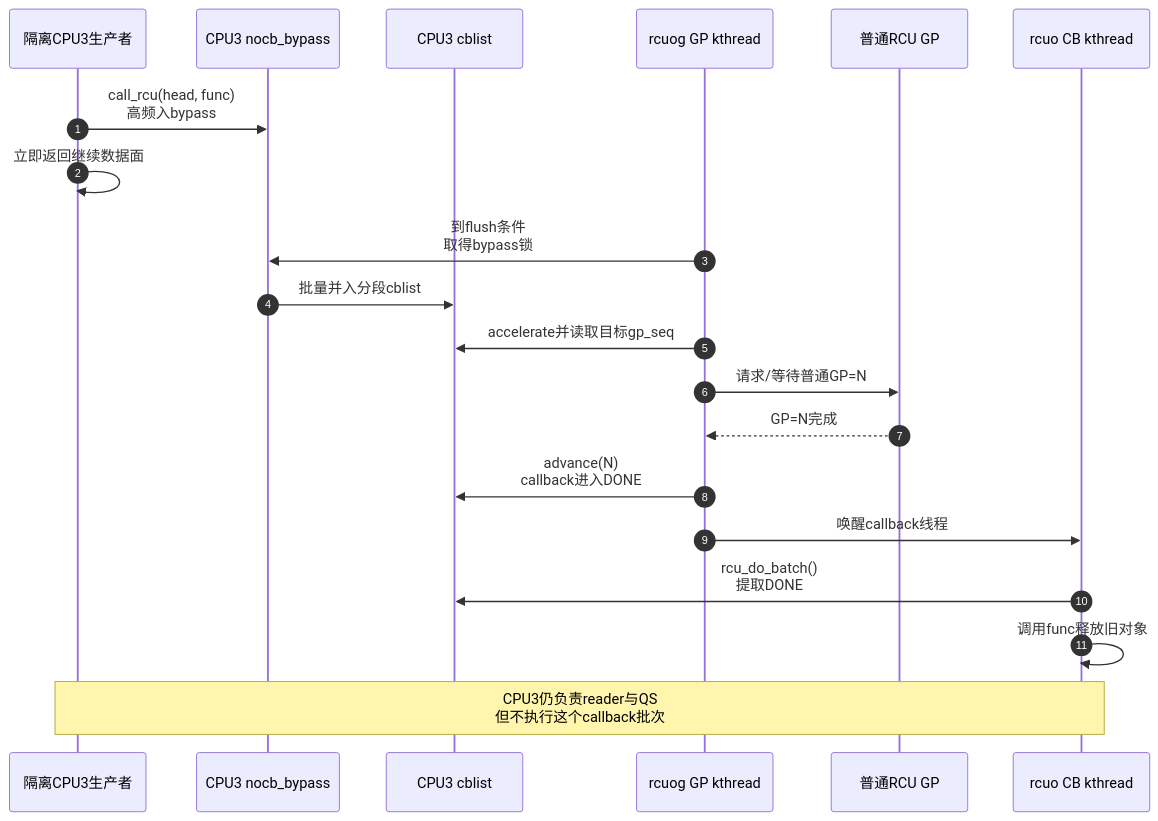
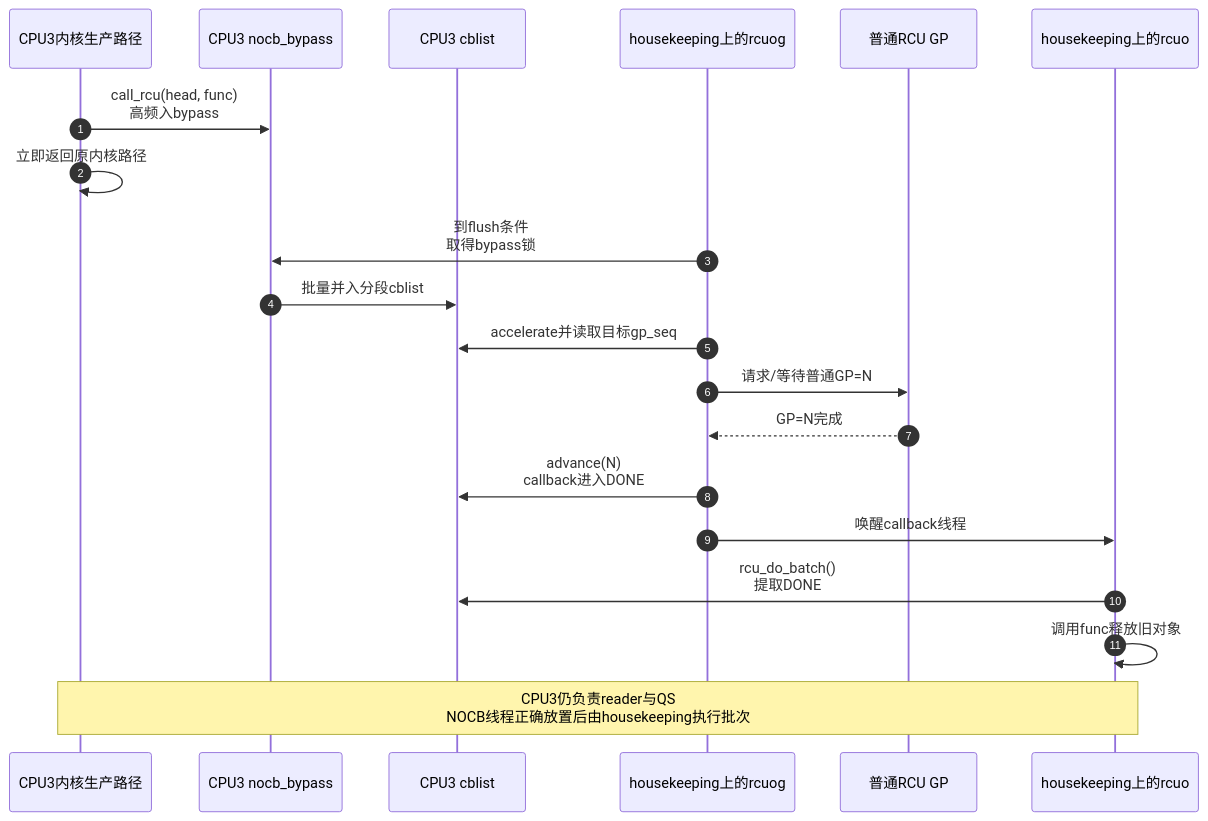
One commit to FormingSystem/linux_note changed the fourth of 4 diagrams in knowledge/linux/synchronization_and_asynchrony/synchronization/rcu/P16_Tree_RCU_NOCB回调卸载.md. Above: the diagram before and after it, drawn with Mermaid. The commit also changed other lines of this file and 2 other files, not shown here.

````diff
--- a/knowledge/linux/synchronization_and_asynchrony/synchronization/rcu/P16_Tree_RCU_NOCB回调卸载.md
+++ b/knowledge/linux/synchronization_and_asynchrony/synchronization/rcu/P16_Tree_RCU_NOCB回调卸载.md
@@ -111,24 +282,24 @@
 ```mermaid
 sequenceDiagram
     autonumber
 
-    participant P as 隔离CPU3生产者
+    participant P as CPU3内核生产路径
     participant B as CPU3 nocb_bypass
     participant C as CPU3 cblist
-    participant G as rcuog GP kthread
+    participant G as housekeeping上的rcuog
     participant R as 普通RCU GP
-    participant X as rcuo CB kthread
+    participant X as housekeeping上的rcuo
 
     P->>B: call_rcu(head, func)<br/>高频入bypass
-    P->>P: 立即返回继续数据面
+    P->>P: 立即返回原内核路径
     G->>B: 到flush条件<br/>取得bypass锁
     B->>C: 批量并入分段cblist
     G->>C: accelerate并读取目标gp_seq
     G->>R: 请求/等待普通GP=N
     R-->>G: GP=N完成
     G->>C: advance(N)<br/>callback进入DONE
     G->>X: 唤醒callback线程
     X->>C: rcu_do_batch()<br/>提取DONE
     X->>X: 调用func释放旧对象
-    Note over P,X: CPU3仍负责reader与QS<br/>但不执行这个callback批次
+    Note over P,X: CPU3仍负责reader与QS<br/>NOCB线程正确放置后由housekeeping执行批次
 ```
````
